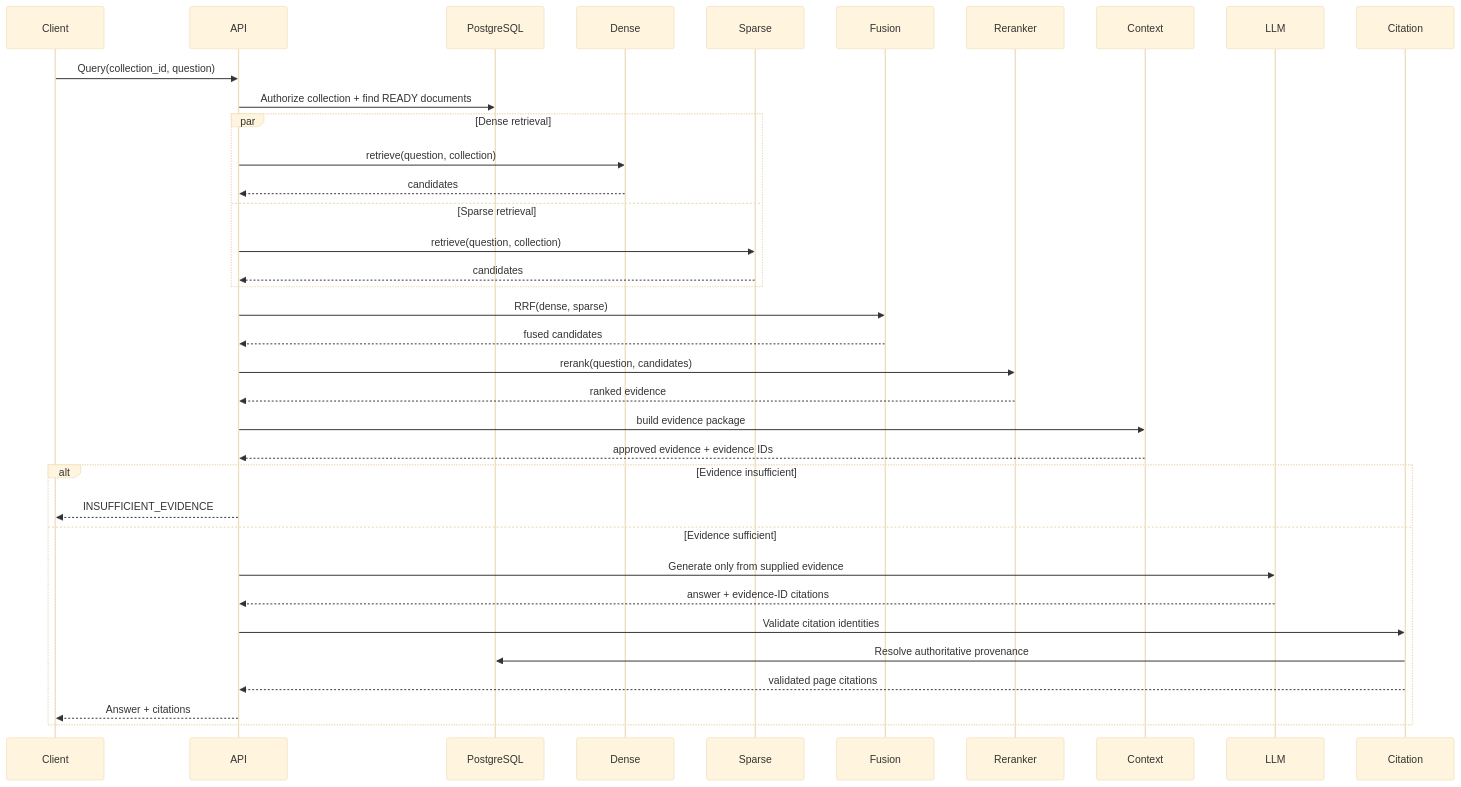
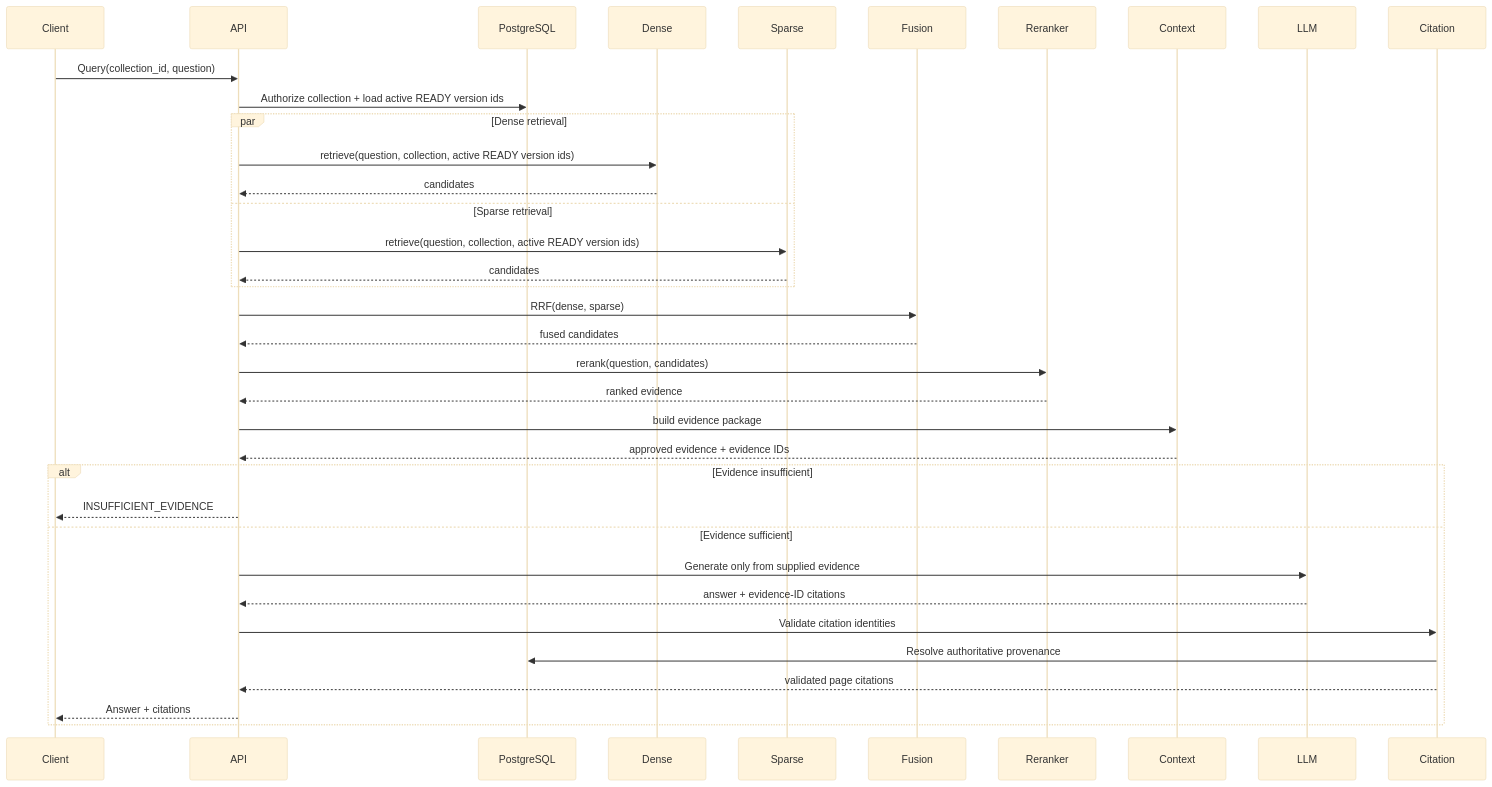
One commit to pranjulya/cited-RAG-Bot changed the second of 3 diagrams in docs/architecture/diagrams/04-sequence-diagrams.md. Above: the diagram before and after it, drawn with Mermaid (base theme). The commit also changed other lines of this file and 11 other files, not shown here.

````diff
--- a/docs/architecture/diagrams/04-sequence-diagrams.md
+++ b/docs/architecture/diagrams/04-sequence-diagrams.md
@@ -41,42 +41,42 @@
 ```mermaid
 sequenceDiagram
     participant Client
     participant API
     participant PG as PostgreSQL
     participant Dense
     participant Sparse
     participant Fusion
     participant Reranker
     participant Context
     participant LLM
     participant Citation
 
     Client->>API: Query(collection_id, question)
-    API->>PG: Authorize collection + find READY documents
+    API->>PG: Authorize collection + load active READY version ids
 
     par Dense retrieval
-        API->>Dense: retrieve(question, collection)
+        API->>Dense: retrieve(question, collection, active READY version ids)
         Dense-->>API: candidates
     and Sparse retrieval
-        API->>Sparse: retrieve(question, collection)
+        API->>Sparse: retrieve(question, collection, active READY version ids)
         Sparse-->>API: candidates
     end
 
     API->>Fusion: RRF(dense, sparse)
     Fusion-->>API: fused candidates
     API->>Reranker: rerank(question, candidates)
     Reranker-->>API: ranked evidence
     API->>Context: build evidence package
     Context-->>API: approved evidence + evidence IDs
 
     alt Evidence insufficient
         API-->>Client: INSUFFICIENT_EVIDENCE
     else Evidence sufficient
         API->>LLM: Generate only from supplied evidence
         LLM-->>API: answer + evidence-ID citations
         API->>Citation: Validate citation identities
         Citation->>PG: Resolve authoritative provenance
         Citation-->>API: validated page citations
         API-->>Client: Answer + citations
     end
 ```
````
